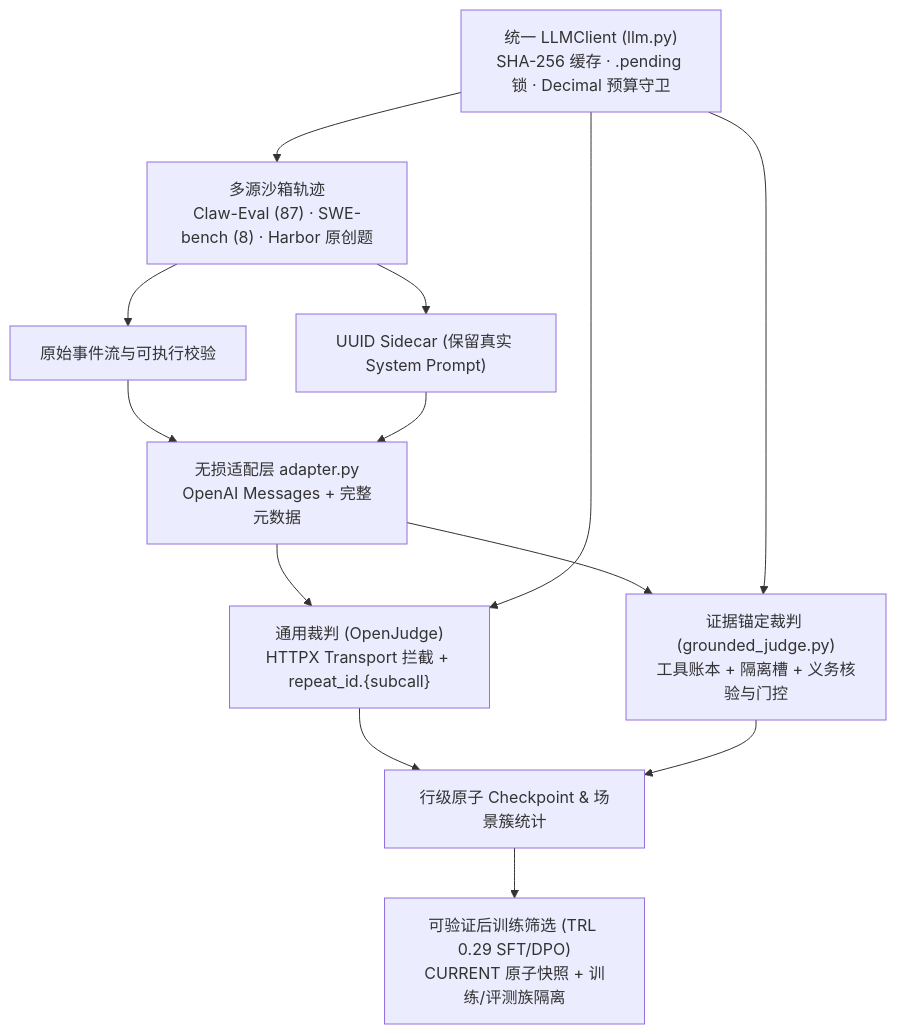
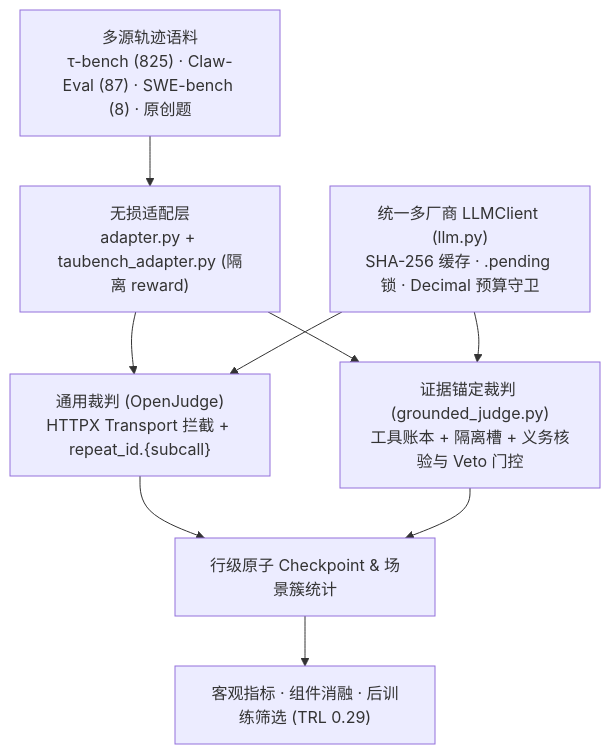
The diagram in README.md (Xxly959/trajjudge), drawn with Mermaid before and after one commit. The commit also changed other lines of this file and 27 other files, not shown here.

Commit message:
feat(p1): complete tau-bench 200-trace eval, P1-3 blindspots, P1-6 ablation, v3 report & fig6

````diff
--- a/README.md
+++ b/README.md
@@ -71,15 +73,11 @@
 ```mermaid
 flowchart TD
-    A["多源沙箱轨迹<br/>Claw-Eval (87) · SWE-bench (8) · Harbor 原创题"] --> B["原始事件流与可执行校验"]
-    A --> C["UUID Sidecar (保留真实 System Prompt)"]
-    B --> D["无损适配层 adapter.py<br/>OpenAI Messages + 完整元数据"]
-    C --> D
-    D --> E["通用裁判 (OpenJudge)<br/>HTTPX Transport 拦截 + repeat_id.{subcall}"]
-    D --> F["证据锚定裁判 (grounded_judge.py)<br/>工具账本 + 隔离槽 + 义务核验与门控"]
-    E --> G["行级原子 Checkpoint & 场景簇统计"]
-    F --> G
-    I["统一 LLMClient (llm.py)<br/>SHA-256 缓存 · .pending 锁 · Decimal 预算守卫"] --> A
-    I --> E
-    I --> F
-    G --> H["可验证后训练筛选 (TRL 0.29 SFT/DPO)<br/>CURRENT 原子快照 + 训练/评测族隔离"]
+    A["多源轨迹语料<br/>τ-bench (825) · Claw-Eval (87) · SWE-bench (8) · 原创题"] --> B["无损适配层<br/>adapter.py + taubench_adapter.py (隔离 reward)"]
+    B --> C["通用裁判 (OpenJudge)<br/>HTTPX Transport 拦截 + repeat_id.{subcall}"]
+    B --> D["证据锚定裁判 (grounded_judge.py)<br/>工具账本 + 隔离槽 + 义务核验与 Veto 门控"]
+    C --> E["行级原子 Checkpoint & 场景簇统计"]
+    D --> E
+    F["统一多厂商 LLMClient (llm.py)<br/>SHA-256 缓存 · .pending 锁 · Decimal 预算守卫"] --> C
+    F --> D
+    E --> G["客观指标 · 组件消融 · 后训练筛选 (TRL 0.29)"]
 ```
````
